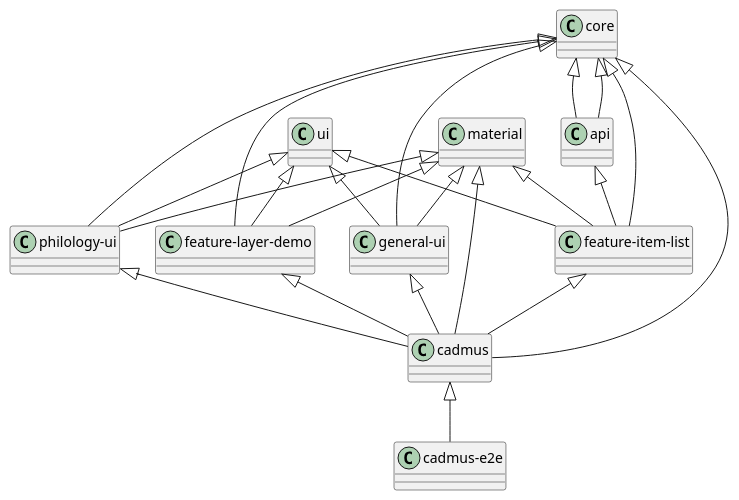
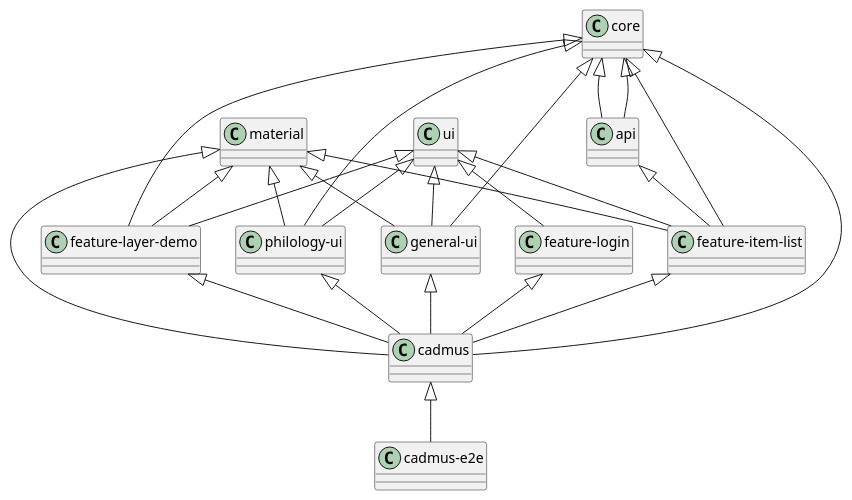
Before and after one commit to vedph/cadmus_web: the diagram in README.md, drawn with PlantUML. The commit also changed 3 other files, not shown here.

````diff
--- a/README.md
+++ b/README.md
@@ -28,26 +28,28 @@
 ```plantuml
 @startuml
 core <|-- api
 core <|-- "general-ui"
 core <|-- "philology-ui"
 core <|-- "feature-layer-demo"
 core <|-- "feature-item-list"
 api <|-- "feature-item-list"
 core <|-- api
 core <|-- cadmus
 material <|-- "general-ui"
 material <|-- "philology-ui"
 material <|-- "feature-layer-demo"
 material <|-- "feature-item-list"
 material <|-- cadmus
 ui <|-- "general-ui"
 ui <|-- "philology-ui"
 ui <|-- "feature-layer-demo"
 ui <|-- "feature-item-list"
+ui <|-- "feature-login"
 "general-ui" <|-- cadmus
 "philology-ui" <|-- cadmus
 "feature-layer-demo" <|-- cadmus
 "feature-item-list" <|-- cadmus
+"feature-login" <|-- cadmus
 cadmus <|-- "cadmus-e2e"
 @enduml
 ```
````
